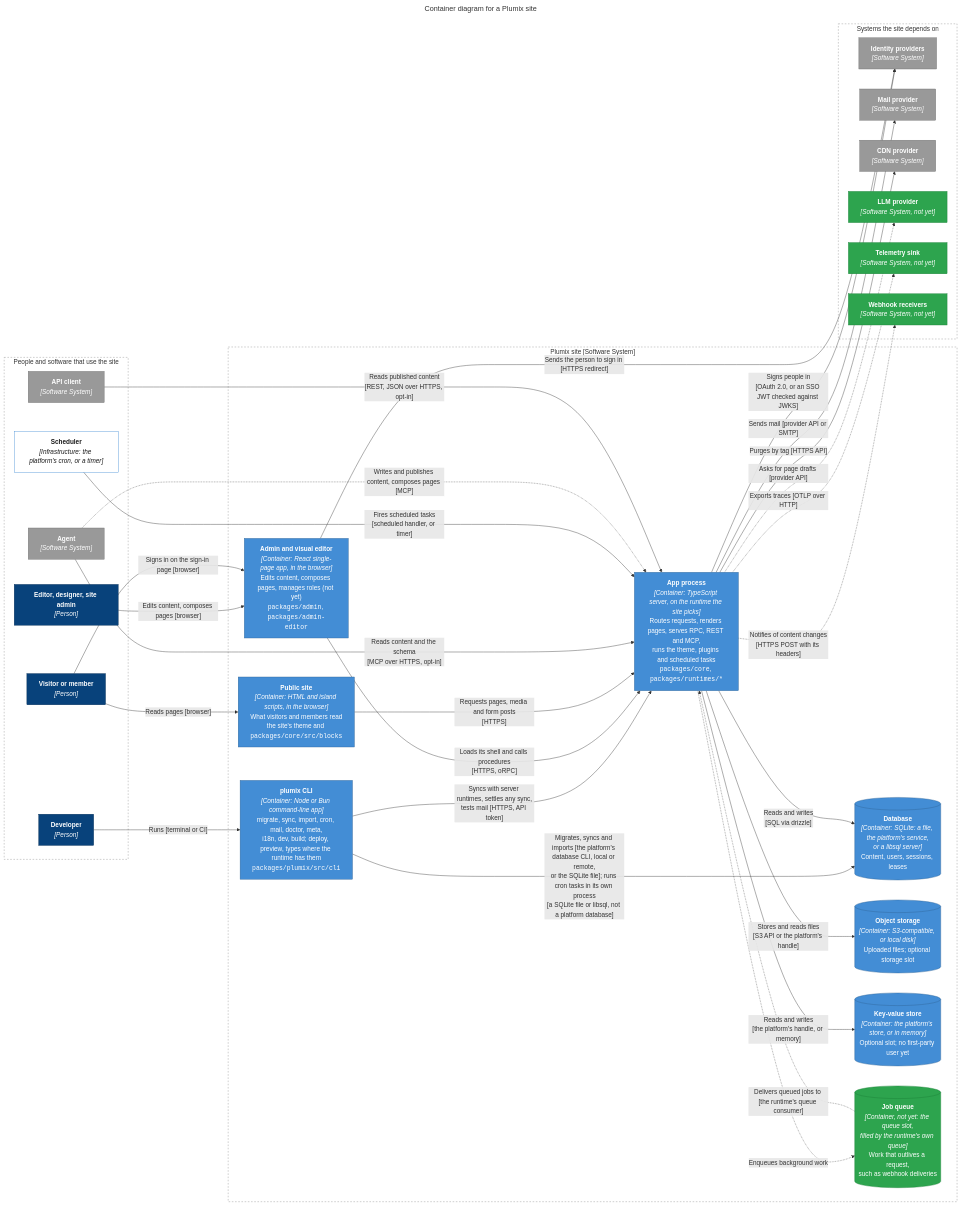
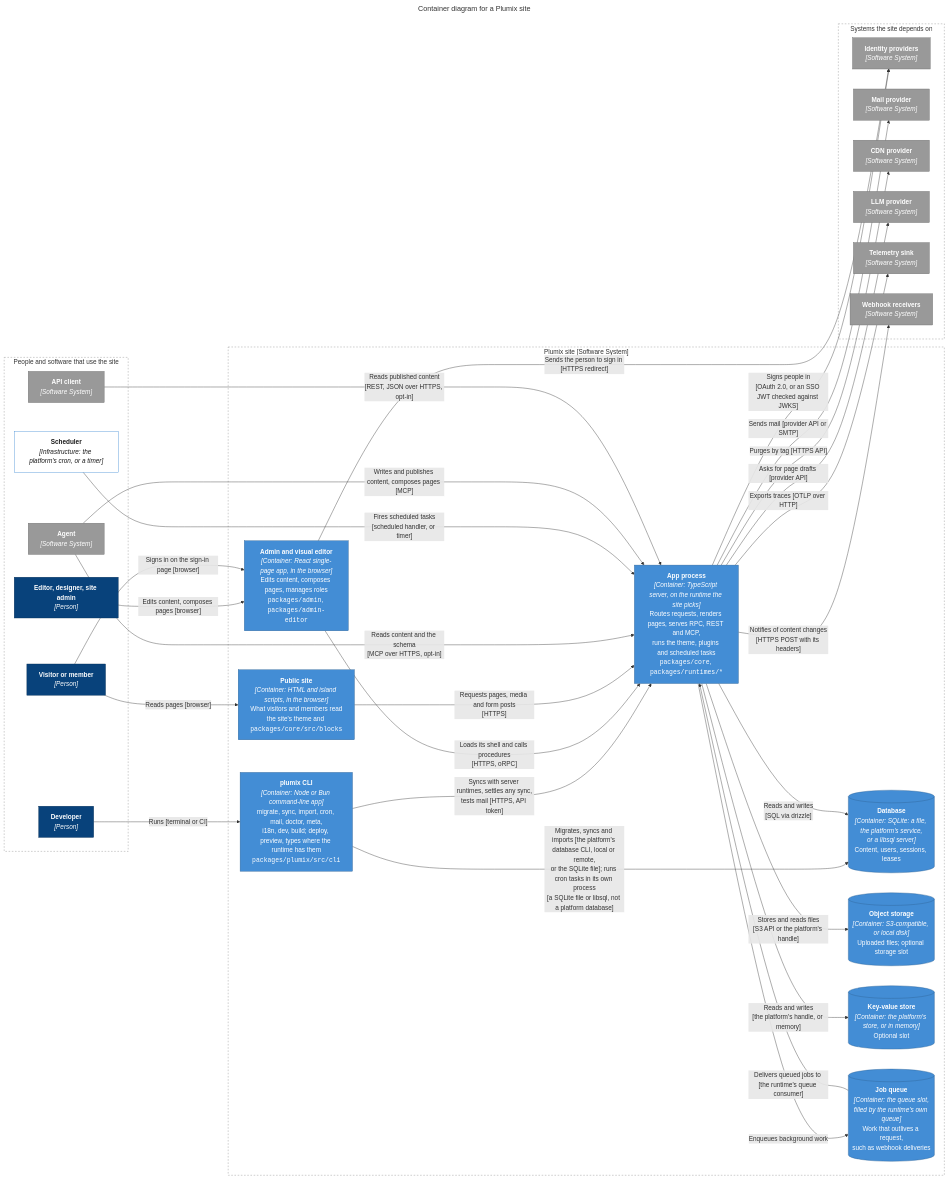
One commit to withplumix/plumix changed the second of 12 diagrams in ARCHITECTURE.md. Above: the diagram before and after it, drawn with Mermaid. The commit also changed other lines of this file and 23 other files, not shown here.

````diff
--- a/ARCHITECTURE.md
+++ b/ARCHITECTURE.md
@@ -137,75 +124,73 @@
 ```mermaid
 ---
 title: Container diagram for a Plumix site
 ---
 flowchart LR
   subgraph who["People and software that use the site"]
     dev["<b>Developer</b><br/><i>[Person]</i>"]
     staff["<b>Editor, designer, site admin</b><br/><i>[Person]</i>"]
     reader["<b>Visitor or member</b><br/><i>[Person]</i>"]
     agent["<b>Agent</b><br/><i>[Software System]</i>"]
     api["<b>API client</b><br/><i>[Software System]</i>"]
     cron["<b>Scheduler</b><br/><i>[Infrastructure: the platform's cron, or a timer]</i>"]
   end
 
   subgraph sb["Plumix site [Software System]"]
     cli["<b>plumix CLI</b><br/><i>[Container: Node or Bun command-line app]</i><br/>migrate, sync, import, cron, mail, doctor, meta,<br/>i18n, dev, build; deploy, preview, types where the runtime has them<br/><code>packages/plumix/src/cli</code>"]
-    adminapp["<b>Admin and visual editor</b><br/><i>[Container: React single-page app, in the browser]</i><br/>Edits content, composes pages, manages roles (not yet)<br/><code>packages/admin</code>, <code>packages/admin-editor</code>"]
+    adminapp["<b>Admin and visual editor</b><br/><i>[Container: React single-page app, in the browser]</i><br/>Edits content, composes pages, manages roles<br/><code>packages/admin</code>, <code>packages/admin-editor</code>"]
     public["<b>Public site</b><br/><i>[Container: HTML and island scripts, in the browser]</i><br/>What visitors and members read<br/>the site's theme and <code>packages/core/src/blocks</code>"]
     app["<b>App process</b><br/><i>[Container: TypeScript server, on the runtime the site picks]</i><br/>Routes requests, renders pages, serves RPC, REST and MCP,<br/>runs the theme, plugins and scheduled tasks<br/><code>packages/core</code>, <code>packages/runtimes/*</code>"]
     db[("<b>Database</b><br/><i>[Container: SQLite: a file, the platform's service,<br/>or a libsql server]</i><br/>Content, users, sessions, leases")]
     files[("<b>Object storage</b><br/><i>[Container: S3-compatible, or local disk]</i><br/>Uploaded files; optional storage slot")]
-    kv[("<b>Key-value store</b><br/><i>[Container: the platform's store, or in memory]</i><br/>Optional slot; no first-party user yet")]
-    queue[("<b>Job queue</b><br/><i>[Container, not yet: the queue slot,<br/>filled by the runtime's own queue]</i><br/>Work that outlives a request,<br/>such as webhook deliveries")]
+    kv[("<b>Key-value store</b><br/><i>[Container: the platform's store, or in memory]</i><br/>Optional slot")]
+    queue[("<b>Job queue</b><br/><i>[Container: the queue slot,<br/>filled by the runtime's own queue]</i><br/>Work that outlives a request,<br/>such as webhook deliveries")]
   end
 
   subgraph used["Systems the site depends on"]
     idp["<b>Identity providers</b><br/><i>[Software System]</i>"]
     mail["<b>Mail provider</b><br/><i>[Software System]</i>"]
     cdnapi["<b>CDN provider</b><br/><i>[Software System]</i>"]
-    llm["<b>LLM provider</b><br/><i>[Software System, not yet]</i>"]
-    otel["<b>Telemetry sink</b><br/><i>[Software System, not yet]</i>"]
-    hooks["<b>Webhook receivers</b><br/><i>[Software System, not yet]</i>"]
+    llm["<b>LLM provider</b><br/><i>[Software System]</i>"]
+    otel["<b>Telemetry sink</b><br/><i>[Software System]</i>"]
+    hooks["<b>Webhook receivers</b><br/><i>[Software System]</i>"]
   end
 
   dev -- "Runs [terminal or CI]" --> cli
   cli -- "Migrates, syncs and imports [the platform's database CLI, local or remote,<br/>or the SQLite file]; runs cron tasks in its own process<br/>[a SQLite file or libsql, not a platform database]" --> db
   cli -- "Syncs with server runtimes, settles any sync,<br/>tests mail [HTTPS, API token]" ---> app
   staff -- "Edits content, composes pages [browser]" --> adminapp
   adminapp -- "Loads its shell and calls procedures<br/>[HTTPS, oRPC]" --> app
   reader -- "Reads pages [browser]" --> public
   reader -- "Signs in on the sign-in page [browser]" --> adminapp
   public -- "Requests pages, media and form posts<br/>[HTTPS]" --> app
   agent -- "Reads content and the schema<br/>[MCP over HTTPS, opt-in]" --> app
   cron -- "Fires scheduled tasks<br/>[scheduled handler, or timer]" --> app
-  agent -. "Writes and publishes content, composes pages [MCP]" .-> app
+  agent -- "Writes and publishes content, composes pages [MCP]" --> app
   api -- "Reads published content<br/>[REST, JSON over HTTPS, opt-in]" --> app
   app -- "Reads and writes<br/>[SQL via drizzle]" --> db
   app -- "Stores and reads files<br/>[S3 API or the platform's handle]" --> files
   app -- "Reads and writes<br/>[the platform's handle, or memory]" --> kv
   app -- "Signs people in<br/>[OAuth 2.0, or an SSO JWT checked against JWKS]" --> idp
   adminapp -- "Sends the person to sign in [HTTPS redirect]" --> idp
   app -- "Sends mail [provider API or SMTP]" --> mail
   app -- "Purges by tag [HTTPS API]" --> cdnapi
-  app -. "Asks for page drafts [provider API]" .-> llm
-  app -. "Exports traces [OTLP over HTTP]" .-> otel
-  app -. "Notifies of content changes<br/>[HTTPS POST with its headers]" .-> hooks
-  app -. "Enqueues background work" .-> queue
-  queue -. "Delivers queued jobs to [the runtime's queue consumer]" .-> app
+  app -- "Asks for page drafts [provider API]" --> llm
+  app -- "Exports traces [OTLP over HTTP]" --> otel
+  app -- "Notifies of content changes<br/>[HTTPS POST with its headers]" --> hooks
+  app -- "Enqueues background work" --> queue
+  queue -- "Delivers queued jobs to [the runtime's queue consumer]" --> app
 
   classDef person fill:#08427b,stroke:#052e56,color:#fff
   classDef system fill:#1168bd,stroke:#0b4884,color:#fff
   classDef cont fill:#438dd5,stroke:#2e6295,color:#fff
   classDef comp fill:#85bbf0,stroke:#5d82a8,color:#000
   classDef ext fill:#999999,stroke:#6b6b6b,color:#fff
-  classDef goal fill:#2da44e,stroke:#1a7f37,color:#fff
   classDef infra fill:#ffffff,stroke:#438dd5,color:#1a1a1a
   class dev,staff,reader person
-  class agent,api,idp,mail,cdnapi ext
+  class agent,api,idp,mail,cdnapi,llm,otel,hooks ext
   class cron infra
-  class cli,adminapp,public,app,db,files,kv cont
-  class llm,queue,otel,hooks goal
+  class cli,adminapp,public,app,db,files,kv,queue cont
   style who fill:none,stroke:#888,stroke-dasharray:4 4
   style sb fill:none,stroke:#888,stroke-dasharray:4 4
   style used fill:none,stroke:#888,stroke-dasharray:4 4
 ```
````
